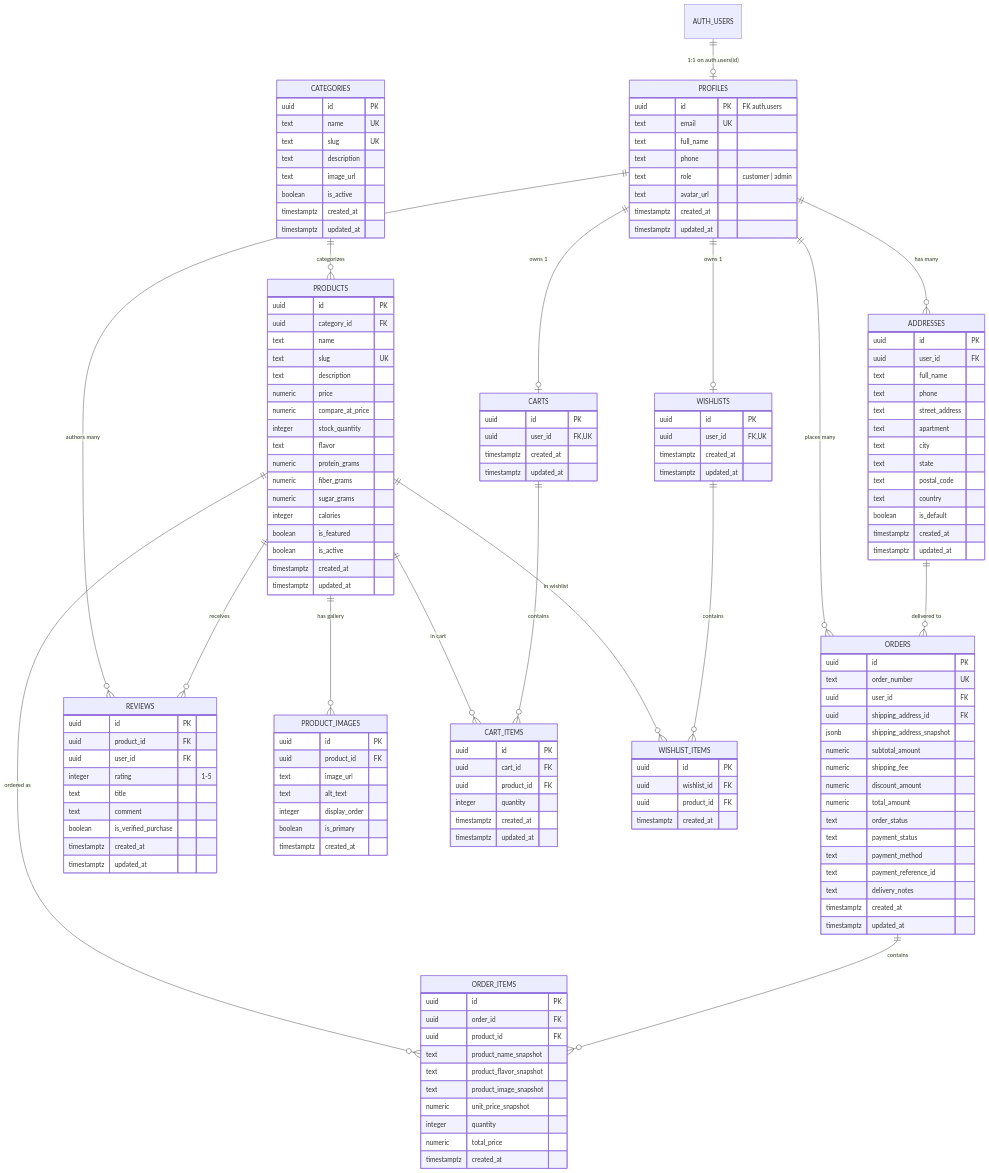
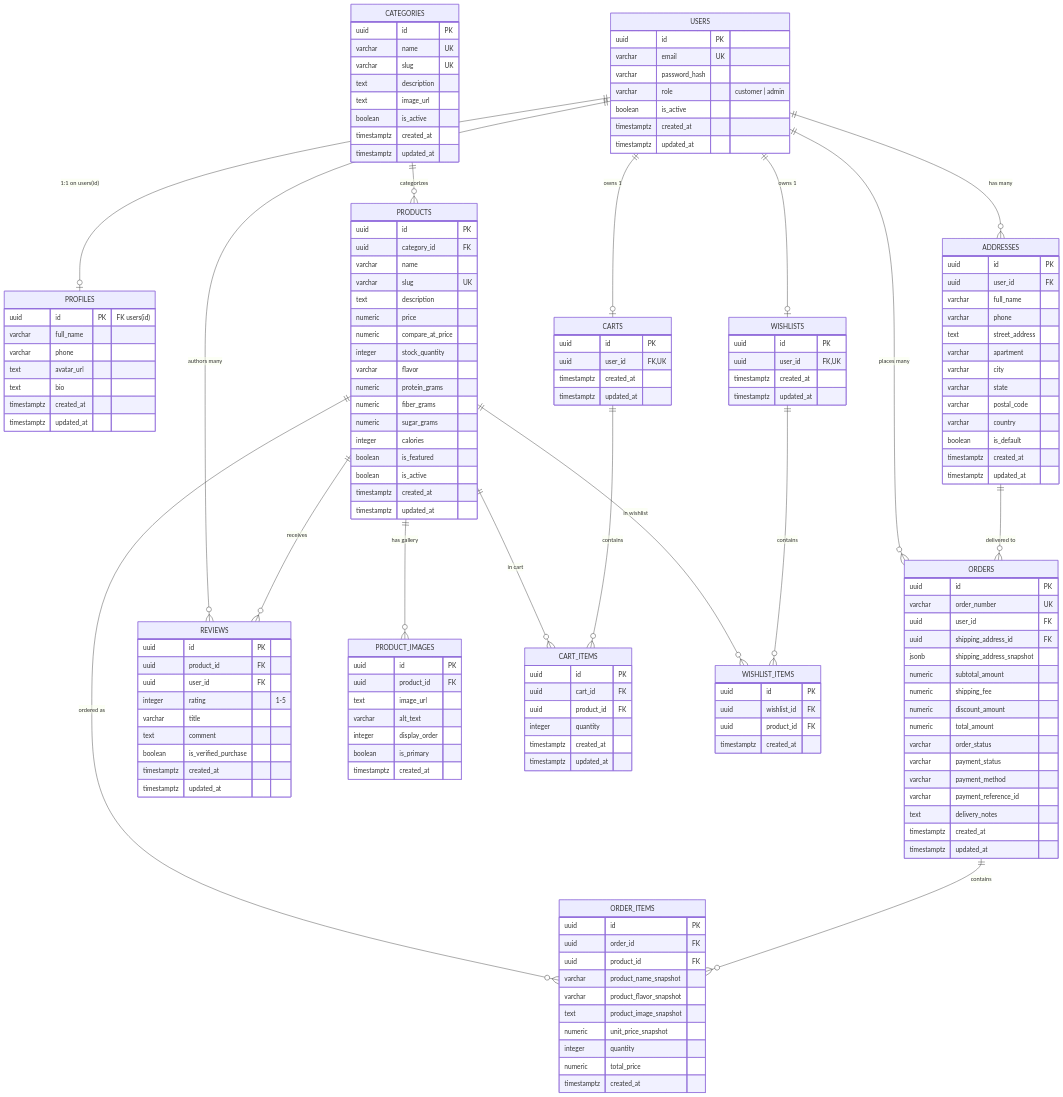
Before and after one commit to Deeksha534/Fitbite: the first of 2 diagrams in database/README.md, drawn with Mermaid. The commit also changed other lines of this file and 18 other files, not shown here.

Commit message:
refactor: migrate database architecture to standard PostgreSQL

````diff
--- a/database/README.md
+++ b/database/README.md
@@ -11,11 +11,11 @@
 ```mermaid
 erDiagram
-    AUTH_USERS ||--o| PROFILES : "1:1 on auth.users(id)"
-    PROFILES ||--o{ ADDRESSES : "has many"
-    PROFILES ||--o| CARTS : "owns 1"
-    PROFILES ||--o| WISHLISTS : "owns 1"
-    PROFILES ||--o{ ORDERS : "places many"
-    PROFILES ||--o{ REVIEWS : "authors many"
+    USERS ||--o| PROFILES : "1:1 on users(id)"
+    USERS ||--o{ ADDRESSES : "has many"
+    USERS ||--o| CARTS : "owns 1"
+    USERS ||--o| WISHLISTS : "owns 1"
+    USERS ||--o{ ORDERS : "places many"
+    USERS ||--o{ REVIEWS : "authors many"
 
     CATEGORIES ||--o{ PRODUCTS : "categorizes"
     PRODUCTS ||--o{ PRODUCT_IMAGES : "has gallery"
@@ -30,21 +30,30 @@
     ORDERS ||--o{ ORDER_ITEMS : "contains"
     ADDRESSES ||--o{ ORDERS : "delivered to"
 
+    USERS {
+        uuid id PK
+        varchar email UK
+        varchar password_hash
+        varchar role "customer | admin"
+        boolean is_active
+        timestamptz created_at
+        timestamptz updated_at
+    }
+
     PROFILES {
-        uuid id PK "FK auth.users"
-        text email UK
-        text full_name
-        text phone
-        text role "customer | admin"
+        uuid id PK "FK users(id)"
+        varchar full_name
+        varchar phone
         text avatar_url
+        text bio
         timestamptz created_at
         timestamptz updated_at
     }
 
     CATEGORIES {
         uuid id PK
-        text name UK
-        text slug UK
+        varchar name UK
+        varchar slug UK
         text description
         text image_url
         boolean is_active
@@ -55,13 +64,13 @@
     PRODUCTS {
         uuid id PK
         uuid category_id FK
-        text name
-        text slug UK
+        varchar name
+        varchar slug UK
         text description
         numeric price
         numeric compare_at_price
         integer stock_quantity
-        text flavor
+        varchar flavor
         numeric protein_grams
         numeric fiber_grams
         numeric sugar_grams
@@ -76,7 +85,7 @@
         uuid id PK
         uuid product_id FK
         text image_url
-        text alt_text
+        varchar alt_text
         integer display_order
         boolean is_primary
         timestamptz created_at
@@ -115,14 +124,14 @@
     ADDRESSES {
         uuid id PK
         uuid user_id FK
-        text full_name
-        text phone
+        varchar full_name
+        varchar phone
         text street_address
-        text apartment
-        text city
-        text state
-        text postal_code
-        text country
+        varchar apartment
+        varchar city
+        varchar state
+        varchar postal_code
+        varchar country
         boolean is_default
         timestamptz created_at
         timestamptz updated_at
@@ -130,7 +139,7 @@
 
     ORDERS {
         uuid id PK
-        text order_number UK
+        varchar order_number UK
         uuid user_id FK
         uuid shipping_address_id FK
         jsonb shipping_address_snapshot
@@ -138,10 +147,10 @@
         numeric shipping_fee
         numeric discount_amount
         numeric total_amount
-        text order_status
-        text payment_status
-        text payment_method
-        text payment_reference_id
+        varchar order_status
+        varchar payment_status
+        varchar payment_method
+        varchar payment_reference_id
         text delivery_notes
         timestamptz created_at
         timestamptz updated_at
@@ -151,8 +160,8 @@
         uuid id PK
         uuid order_id FK
         uuid product_id FK
-        text product_name_snapshot
-        text product_flavor_snapshot
+        varchar product_name_snapshot
+        varchar product_flavor_snapshot
         text product_image_snapshot
         numeric unit_price_snapshot
         integer quantity
@@ -165,7 +174,7 @@
         uuid product_id FK
         uuid user_id FK
         integer rating "1-5"
-        text title
+        varchar title
         text comment
         boolean is_verified_purchase
         timestamptz created_at
````
